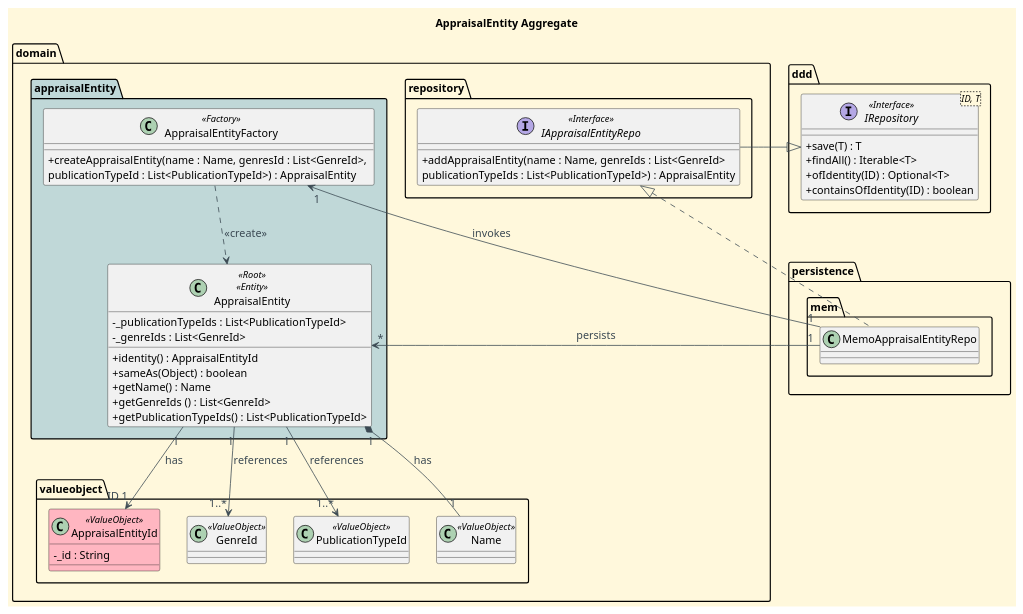
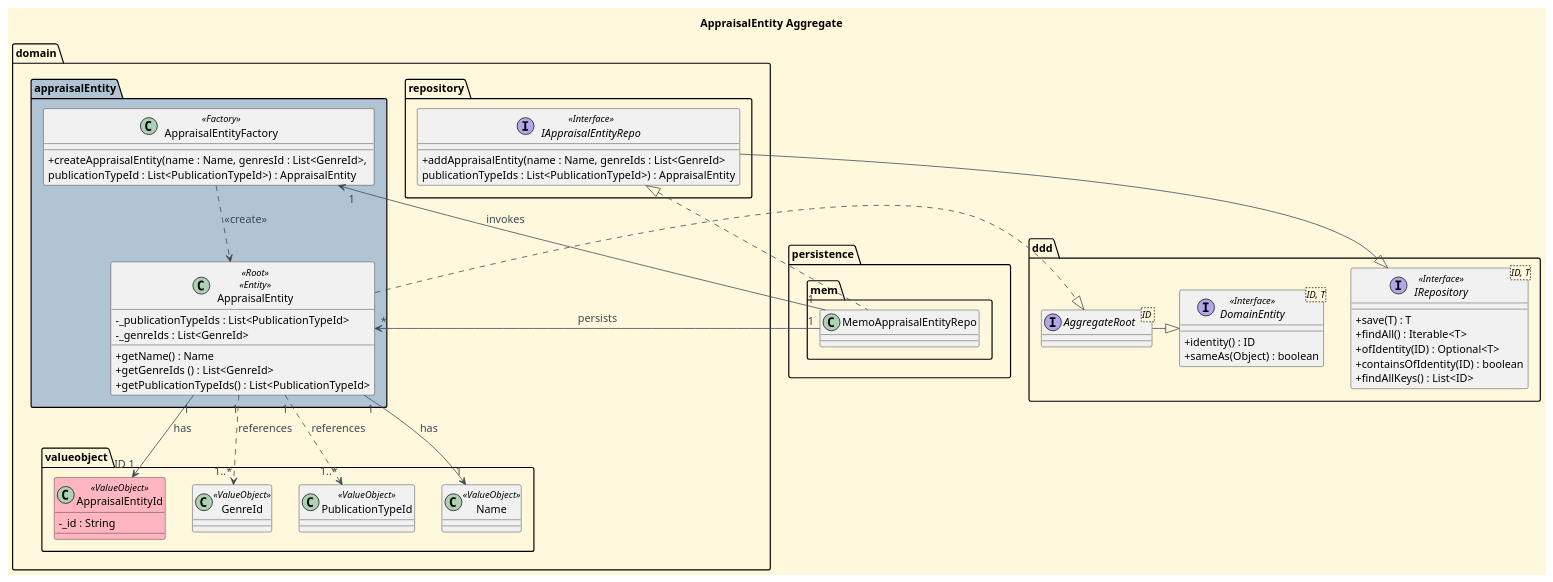
One commit to CarolinaLeite-collab/JavaMarketplacePlatform changed the diagram in docs/aggregates-diagrams/Appraisal_Entity_Aggregate.puml. Above: the diagram before and after it, drawn with PlantUML. The commit also changed 5 other files, not shown here.

Commit message:
docs: align Appraisal, Author, City, Edition, PublicationType, and PublishingCompany aggregate diagrams with team standards (#552)

```diff
--- a/docs/aggregates-diagrams/Appraisal_Entity_Aggregate.puml
+++ b/docs/aggregates-diagrams/Appraisal_Entity_Aggregate.puml
@@ -1,103 +1,111 @@
 @startuml
 
 '==== Title ====
 title AppraisalEntity Aggregate
 top to bottom direction
 
 '==== basic style ====
 skinparam monochrome false
 skinparam defaultFontName Futura
 skinparam objectFontSize 14
 skinparam backgroundColor CornSilk
 skinparam objectBackgroundColor WhiteSmoke
 skinparam noteBackgroundColor #FFFFE0
 skinparam ArrowFontColor #3B4953
 skinparam ArrowColor #3B4953
 skinparam ArrowFontSize 14
 skinparam PackageBorderColor #black
 skinparam classAttributeIconSize 0
 
 ' ===== Domain =====
 Package "domain" {
 
-    Package "appraisalEntity" <<Folder>> #c0d8d8 {
+    Package "appraisalEntity" <<Folder>> #b0c4d4 {
         class AppraisalEntity <<Root>> <<Entity>>  {
             -_publicationTypeIds : List<PublicationTypeId>
             -_genreIds : List<GenreId>
 
-            +identity() : AppraisalEntityId
-            +sameAs(Object) : boolean
             +getName() : Name
             +getGenreIds () : List<GenreId>
             +getPublicationTypeIds() : List<PublicationTypeId>
             }
 
     class AppraisalEntityFactory <<Factory>> {
         +createAppraisalEntity(name : Name, genresId : List<GenreId>, \npublicationTypeId : List<PublicationTypeId>) : AppraisalEntity
 
         }
     }
 
     package "repository" <<Folder>> {
         interface IAppraisalEntityRepo <<Interface>> {
             +addAppraisalEntity(name : Name, genreIds : List<GenreId> \npublicationTypeIds : List<PublicationTypeId>) : AppraisalEntity
         }
     }
 
     Package "valueobject" {
         '== Value Objects (Ids) ==
         class AppraisalEntityId <<ValueObject>> #LightPink {
         -_id : String
 
        }
         class GenreId <<ValueObject>> {
 
         }
         class PublicationTypeId <<ValueObject>> {
 
         }
         ' ===== Value Objects =====
         class Name <<ValueObject>> {
 
         }
 
     }
 
 }
 
 ' ===== Repository =====
 package "persistence" <<Folder>> {
 
     package "mem" {
         class MemoAppraisalEntityRepo {
 
         }
 
     }
 
 }
 
 Package "ddd" {
     interface IRepository<ID, T> <<Interface>> {
         +save(T) : T
         +findAll() : Iterable<T>
         +ofIdentity(ID) : Optional<T>
         +containsOfIdentity(ID) : boolean
+        +findAllKeys() : List<ID>
     }
 
+    interface AggregateRoot <ID >{
+    }
+    interface DomainEntity<ID, T> <<Interface>> {
+        +identity() : ID
+        +sameAs(Object) : boolean
+    }
 }
 
 ' ===== Interactions =====
 AppraisalEntity "1" --> "ID 1" AppraisalEntityId : has
-AppraisalEntity "1" --> "1..*" GenreId : references
-AppraisalEntity "1" --> "1..*" PublicationTypeId : references
-AppraisalEntity "1" *-- "1" Name : has
+AppraisalEntity "1" ..> "1..*" GenreId : references
+AppraisalEntity "1" ..> "1..*" PublicationTypeId : references
+AppraisalEntity "1" --> "1" Name : has
 AppraisalEntity "*" <- "1" MemoAppraisalEntityRepo : persists
 
 AppraisalEntityFactory ..> AppraisalEntity : <<create>>
 AppraisalEntityFactory "1"<- "1" MemoAppraisalEntityRepo : invokes
 
 IAppraisalEntityRepo <|. MemoAppraisalEntityRepo
 IAppraisalEntityRepo -|> IRepository
+AggregateRoot -|> DomainEntity
+AppraisalEntity .|> AggregateRoot
+
 
 @enduml
```
